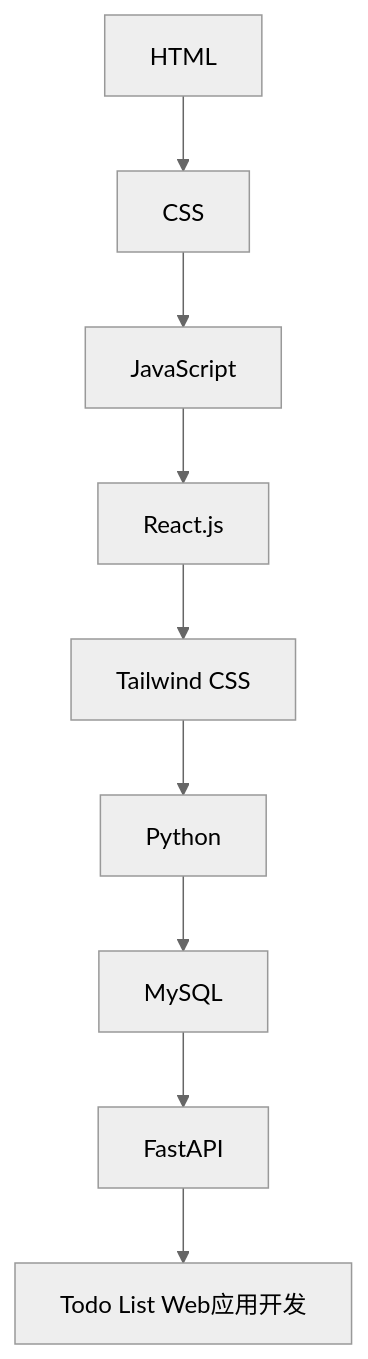
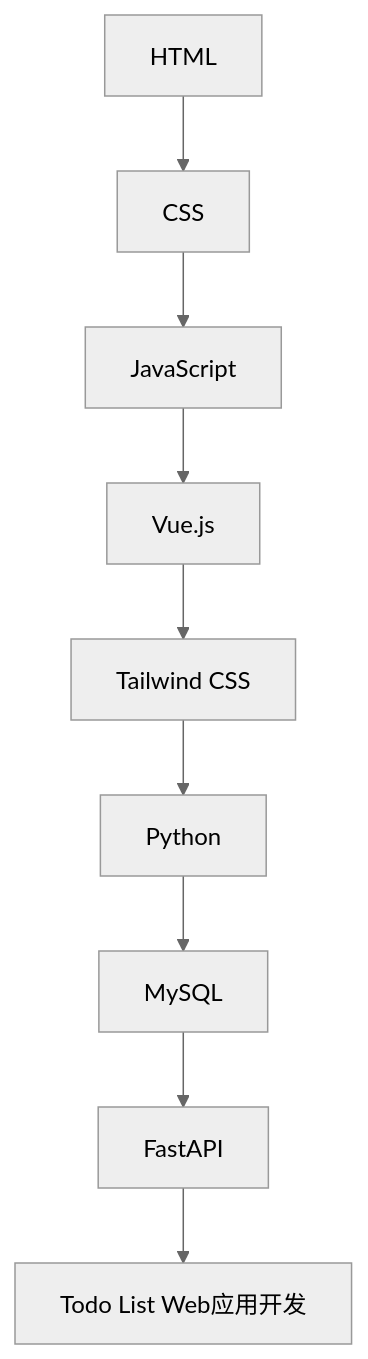
The diagram in docs/basic/prelearn.md (SUEPaper/cs202), drawn with Mermaid (neutral theme) before and after one commit. The commit also changed other lines of this file and 237 other files, not shown here.

````diff
--- a/docs/basic/prelearn.md
+++ b/docs/basic/prelearn.md
@@ -46,11 +46,11 @@
 ```mermaid
 graph
     A[HTML] --> B[CSS]
     B --> C[JavaScript]
-    C --> D[React.js]
+    C --> D[Vue.js]
     D --> E[Tailwind CSS]
     E --> F[Python]
     F --> G[MySQL]
     G --> H[FastAPI]
     H --> I[Todo List Web应用开发]
 ```
````
